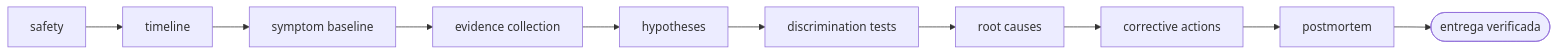
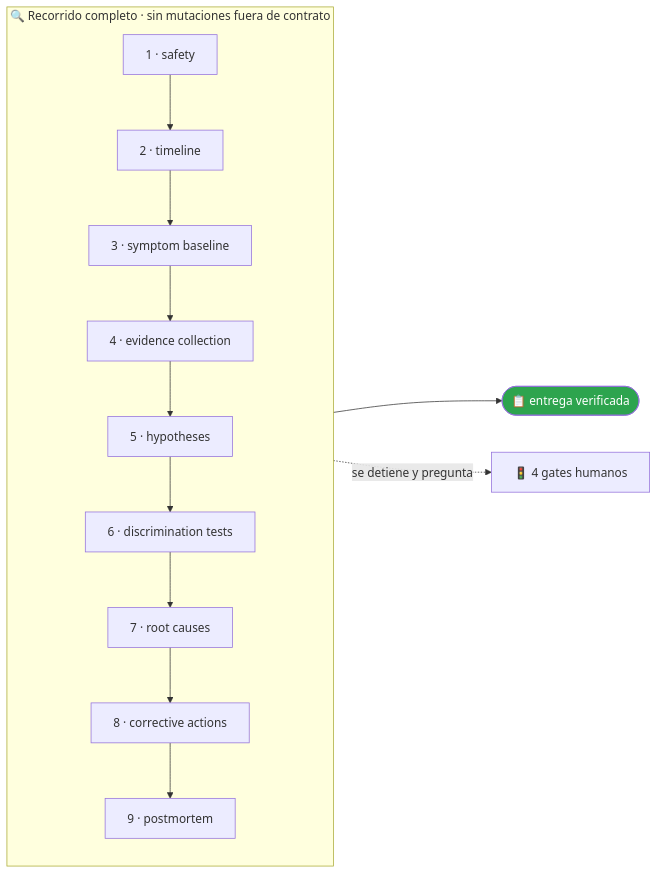
The second of 2 diagrams in agents/incident-root-cause-agent/README.md (vladimiracunadev-create/operational-ai-agents), drawn with Mermaid before and after one commit. The commit also changed other lines of this file and 60 other files, not shown here.

````diff
--- a/agents/incident-root-cause-agent/README.md
+++ b/agents/incident-root-cause-agent/README.md
@@ -72,21 +125,26 @@
 ```mermaid
 flowchart LR
-    p1["safety"]
-    p2["timeline"]
-    p3["symptom baseline"]
-    p4["evidence collection"]
-    p5["hypotheses"]
-    p6["discrimination tests"]
-    p7["root causes"]
-    p8["corrective actions"]
-    p9["postmortem"]
-    p1 --> p2
-    p2 --> p3
-    p3 --> p4
-    p4 --> p5
-    p5 --> p6
-    p6 --> p7
-    p7 --> p8
-    p8 --> p9
-    p9 --> done(["entrega verificada"])
+    subgraph A["🔍 Recorrido completo · sin mutaciones fuera de contrato"]
+        direction TB
+        p1["1 · safety"]
+        p2["2 · timeline"]
+        p3["3 · symptom baseline"]
+        p4["4 · evidence collection"]
+        p5["5 · hypotheses"]
+        p6["6 · discrimination tests"]
+        p7["7 · root causes"]
+        p8["8 · corrective actions"]
+        p9["9 · postmortem"]
+        p1 --> p2
+        p2 --> p3
+        p3 --> p4
+        p4 --> p5
+        p5 --> p6
+        p6 --> p7
+        p7 --> p8
+        p8 --> p9
+    end
+    A --> FIN(["📋 entrega verificada"])
+    A -.->|"se detiene y pregunta"| G["🚦 4 gates humanos"]
+    style FIN fill:#2da44e,color:#fff
 ```
````
